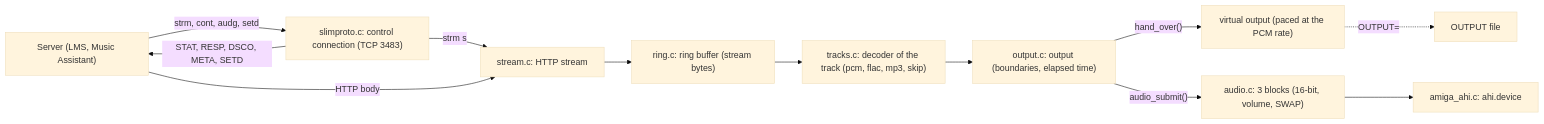
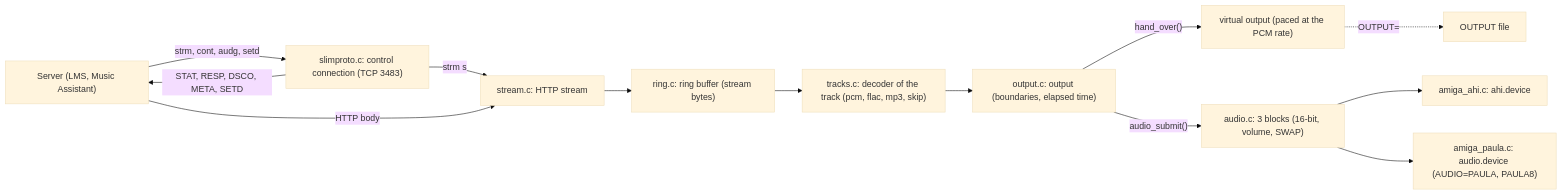
The first of 4 diagrams in docs/development/architecture.md (shadow38/amiga-network-music), drawn with Mermaid (base theme) before and after one commit. The commit also changed other lines of this file and 18 other files, not shown here.

````diff
--- a/docs/development/architecture.md
+++ b/docs/development/architecture.md
@@ -17,22 +18,24 @@
 ```mermaid
 flowchart LR
     server["Server (LMS, Music Assistant)"]
     slim["slimproto.c: control connection (TCP 3483)"]
     http["stream.c: HTTP stream"]
     ring["ring.c: ring buffer (stream bytes)"]
     dec["tracks.c: decoder of the track (pcm, flac, mp3, skip)"]
     out["output.c: output (boundaries, elapsed time)"]
     virt["virtual output (paced at the PCM rate)"]
     file["OUTPUT file"]
     blocks["audio.c: 3 blocks (16-bit, volume, SWAP)"]
     ahi["amiga_ahi.c: ahi.device"]
+    paula["amiga_paula.c: audio.device (AUDIO=PAULA, PAULA8)"]
 
     server -->|"strm, cont, audg, setd"| slim
     slim -->|"STAT, RESP, DSCO, META, SETD"| server
     slim -->|"strm s"| http
     server -->|"HTTP body"| http
     http --> ring --> dec --> out
     out -->|"hand_over()"| virt
     virt -.->|"OUTPUT="| file
     out -->|"audio_submit()"| blocks --> ahi
+    blocks --> paula
 ```
````
